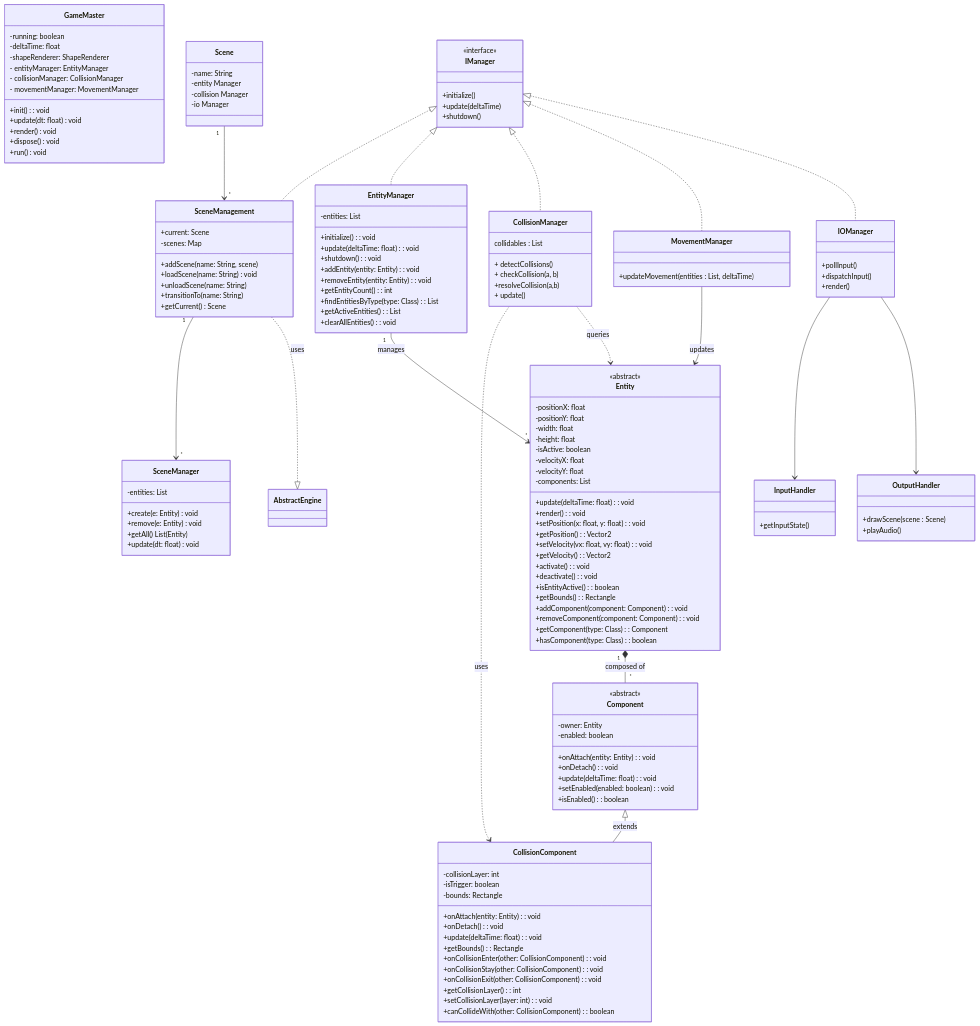
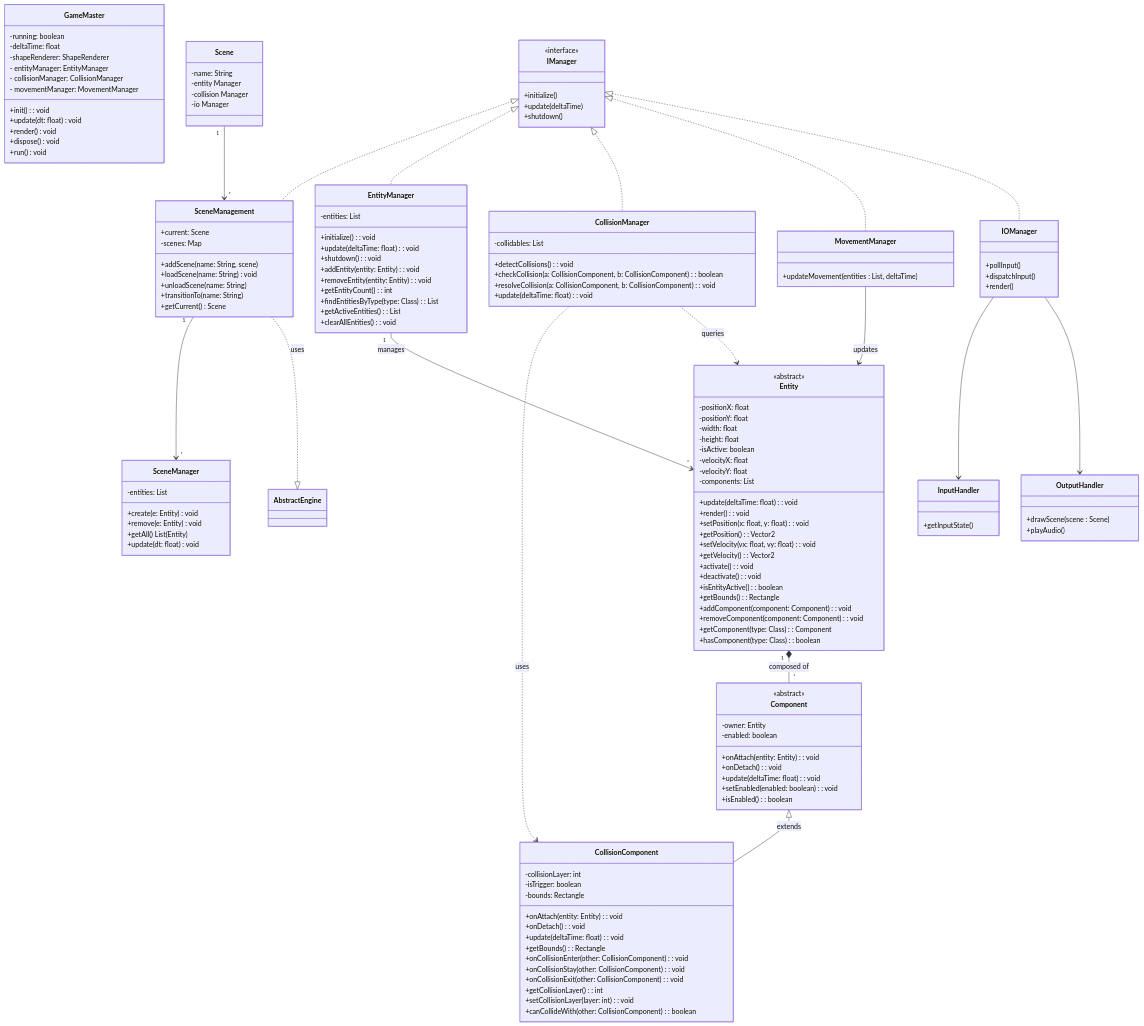
One commit to limxinchian/OOP-UML changed the diagram in classDiagram.mmd. Above: the diagram before and after it, drawn with Mermaid.

Commit message:
added parameter types for collision

```diff
--- a/classDiagram.mmd
+++ b/classDiagram.mmd
@@ -1,186 +1,186 @@
 classDiagram
     %% ============================
     %% Core Engine
     %% ============================
     class GameMaster {
         -running: boolean
         -deltaTime: float
         -shapeRenderer: ShapeRenderer
         - entityManager: EntityManager         
         - collisionManager: CollisionManager   
         - movementManager: MovementManager
 
         +init(): void
         +update(dt: float) void
         +render() void
         +dispose() void
         +run() void
     }
 
     class IManager {
         <<interface>>
         +initialize()
         +update(deltaTime)
         +shutdown()
     }
 
     IManager <|.. SceneManagement
     IManager <|.. EntityManager
     IManager <|.. CollisionManager
     IManager <|.. MovementManager
     IManager <|.. IOManager
 
     %% ============================
     %% Scene Management
     %% ============================
     class SceneManagement {
         +current: Scene
         -scenes: Map<String, Scene>
         +addScene(name: String, scene)
         +loadScene(name: String) void
         +unloadScene(name: String)
         +transitionTo(name: String)
         +getCurrent() Scene
     }
 
     class SceneManager {
         -entities: List<Entity>
         +create(e: Entity) void
         +remove(e: Entity) void
         +getAll() List(Entity)
         +update(dt: float) void
     }
 
     class Scene {
         -name: String
         -entity Manager
         -collision Manager
         -io Manager
     }
 
     SceneManagement "1" --> "*" SceneManager
     Scene "1" --> "*" SceneManagement
     SceneManagement ..|> AbstractEngine: uses
 
     %% ============================
     %% Entity & Component Model
     %% ============================
     class EntityManager {
     -entities: List<Entity>
     
     +initialize(): void
     +update(deltaTime: float): void
     +shutdown(): void
     +addEntity(entity: Entity): void
     +removeEntity(entity: Entity): void
     +getEntityCount(): int
     +findEntitiesByType(type: Class): List<Entity>
     +getActiveEntities(): List<Entity>
     +clearAllEntities(): void
 }
 
    class Entity {
     <<abstract>>
     -positionX: float
     -positionY: float
     -width: float
     -height: float
     -isActive: boolean
     -velocityX: float
     -velocityY: float
     -components: List<Component>
     
     +update(deltaTime: float): void
     +render(): void
     +setPosition(x: float, y: float): void
     +getPosition(): Vector2
     +setVelocity(vx: float, vy: float): void
     +getVelocity(): Vector2
     +activate(): void
     +deactivate(): void
     +isEntityActive(): boolean
     +getBounds(): Rectangle
     +addComponent(component: Component): void
     +removeComponent(component: Component): void
     +getComponent(type: Class): Component
     +hasComponent(type: Class): boolean
 }
 
     EntityManager "1" --> "*" Entity : manages
 
     class Component {
     <<abstract>>
     -owner: Entity
     -enabled: boolean
     
     +onAttach(entity: Entity): void
     +onDetach(): void
     +update(deltaTime: float): void
     +setEnabled(enabled: boolean): void
     +isEnabled(): boolean
 }
 
 class CollisionComponent {
     -collisionLayer: int
     -isTrigger: boolean
     -bounds: Rectangle
     
     +onAttach(entity: Entity): void
     +onDetach(): void
     +update(deltaTime: float): void
     +getBounds(): Rectangle
     +onCollisionEnter(other: CollisionComponent): void
     +onCollisionStay(other: CollisionComponent): void
     +onCollisionExit(other: CollisionComponent): void
     +getCollisionLayer(): int
     +setCollisionLayer(layer: int): void
     +canCollideWith(other: CollisionComponent): boolean
 }
 
 Component <|-- CollisionComponent : extends
 
     Entity "1" *-- "*" Component : composed of
 
     %% ============================
     %% Collision Management
     %% ============================
 
     class CollisionManager {
-        collidables : List
-        + detectCollisions()
-        + checkCollision(a, b)
-        +resolveCollision(a,b)
-        + update()
-    }
+    -collidables: List<CollisionComponent>
+    +detectCollisions(): void
+    +checkCollision(a: CollisionComponent, b: CollisionComponent): boolean
+    +resolveCollision(a: CollisionComponent, b: CollisionComponent): void
+    +update(deltaTime: float): void
+}
 
     CollisionManager ..> CollisionComponent : uses
     CollisionManager ..> Entity : queries
     %% ============================
     %% Movement Management
     %% ============================
     class MovementManager {
         +updateMovement(entities : List, deltaTime)
     }
 
     MovementManager --> Entity : updates
 
     %% ============================
     %% Input / Output Management
     %% ============================
     class IOManager {
         +pollInput()
         +dispatchInput()
         +render()
     }
 
     class InputHandler {
         +getInputState()
     }
 
     class OutputHandler {
         +drawScene(scene : Scene)
         +playAudio()
     }
 
     IOManager --> InputHandler
     IOManager --> OutputHandler
```
